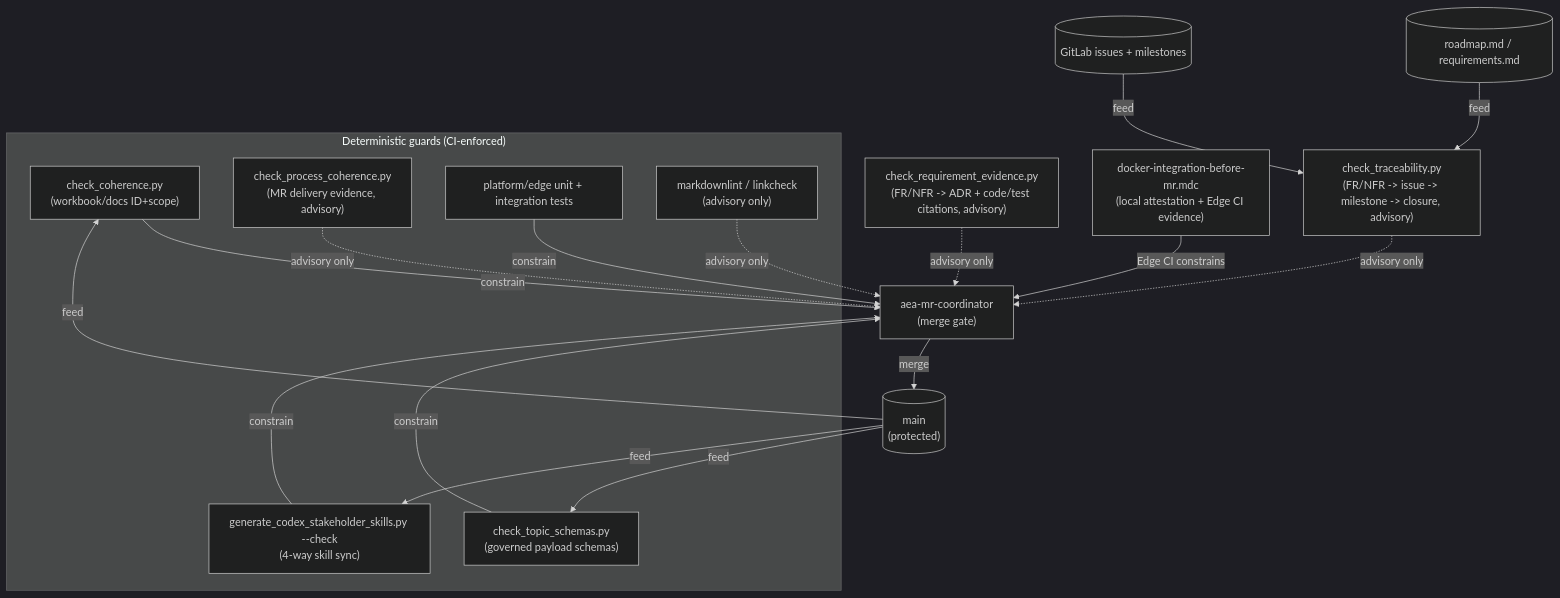
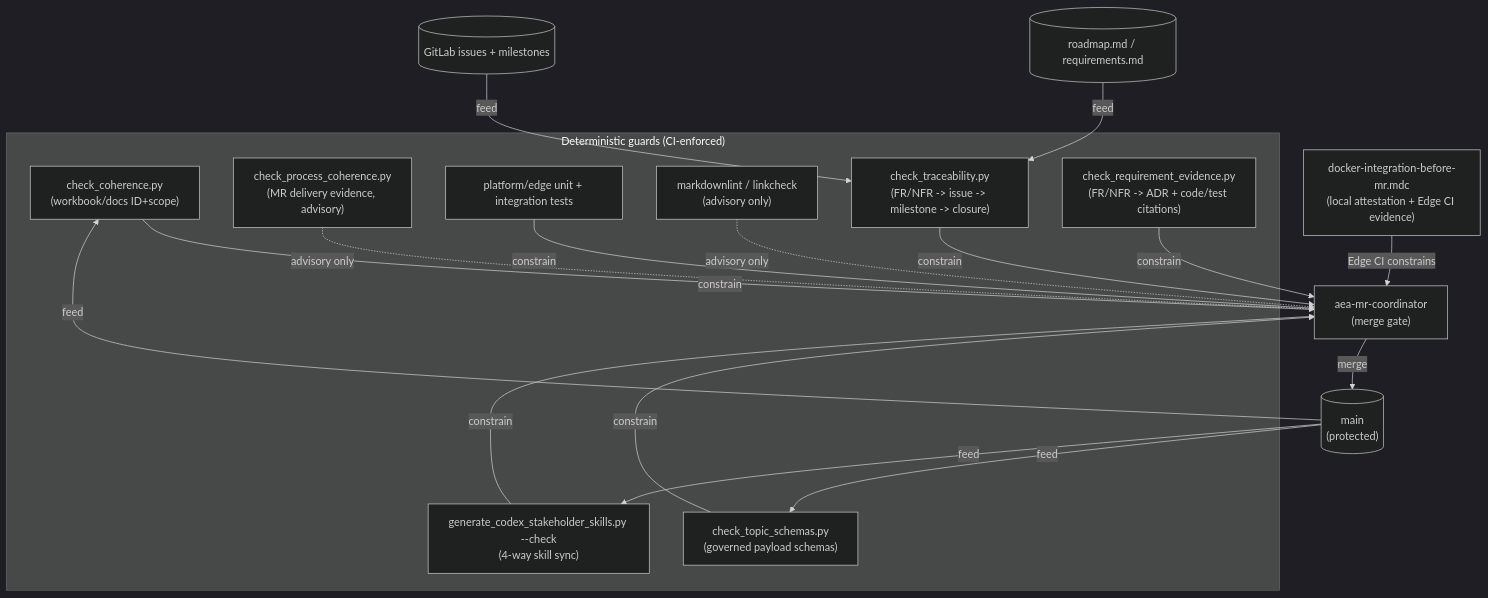
Before and after one commit to artofdream/adaptive-experience: the first of 3 diagrams in research/loop-graph.md, drawn with Mermaid (dark theme). The commit also changed other lines of this file and 3 other files, not shown here.

````diff
--- a/research/loop-graph.md
+++ b/research/loop-graph.md
@@ -48,35 +48,34 @@
 ```mermaid
 flowchart TD
     subgraph guards["Deterministic guards (CI-enforced)"]
         CC["check_coherence.py<br/>(workbook/docs ID+scope)"]
         TS["check_topic_schemas.py<br/>(governed payload schemas)"]
         SS["generate_codex_stakeholder_skills.py --check<br/>(4-way skill sync)"]
         PC["check_process_coherence.py<br/>(MR delivery evidence, advisory)"]
         PU["platform/edge unit + integration tests"]
         LINT["markdownlint / linkcheck<br/>(advisory only)"]
+        TRACE["check_traceability.py<br/>(FR/NFR -> issue -> milestone -> closure)"]
+        EVIDENCE["check_requirement_evidence.py<br/>(FR/NFR -> ADR + code/test citations)"]
     end
-
-    TRACE["check_traceability.py<br/>(FR/NFR -> issue -> milestone -> closure, advisory)"]
-    EVIDENCE["check_requirement_evidence.py<br/>(FR/NFR -> ADR + code/test citations, advisory)"]
     DOCKER["docker-integration-before-mr.mdc<br/>(local attestation + Edge CI evidence)"]
     MRC["aea-mr-coordinator<br/>(merge gate)"]
     MAIN[("main<br/>(protected)")]
     ROADMAP[("roadmap.md / requirements.md")]
     ISSUES[("GitLab issues + milestones")]
 
     CC -- constrain --> MRC
     TS -- constrain --> MRC
     SS -- constrain --> MRC
     PC -. advisory only .-> MRC
     PU -- constrain --> MRC
     LINT -. advisory only .-> MRC
     DOCKER -- "Edge CI constrains" --> MRC
     ROADMAP -- feed --> TRACE
     ISSUES -- feed --> TRACE
-    TRACE -. advisory only .-> MRC
-    EVIDENCE -. advisory only .-> MRC
+    TRACE -- constrain --> MRC
+    EVIDENCE -- constrain --> MRC
     MRC -- merge --> MAIN
     MAIN -- feed --> CC
     MAIN -- feed --> TS
     MAIN -- feed --> SS
 ```
````
